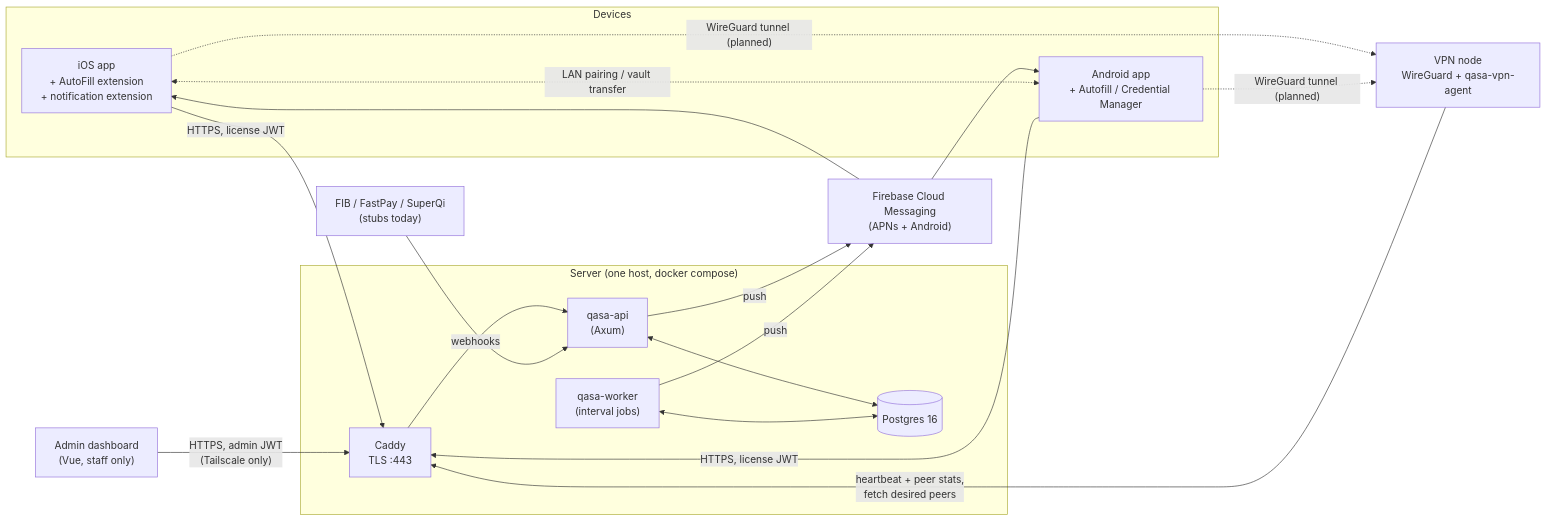
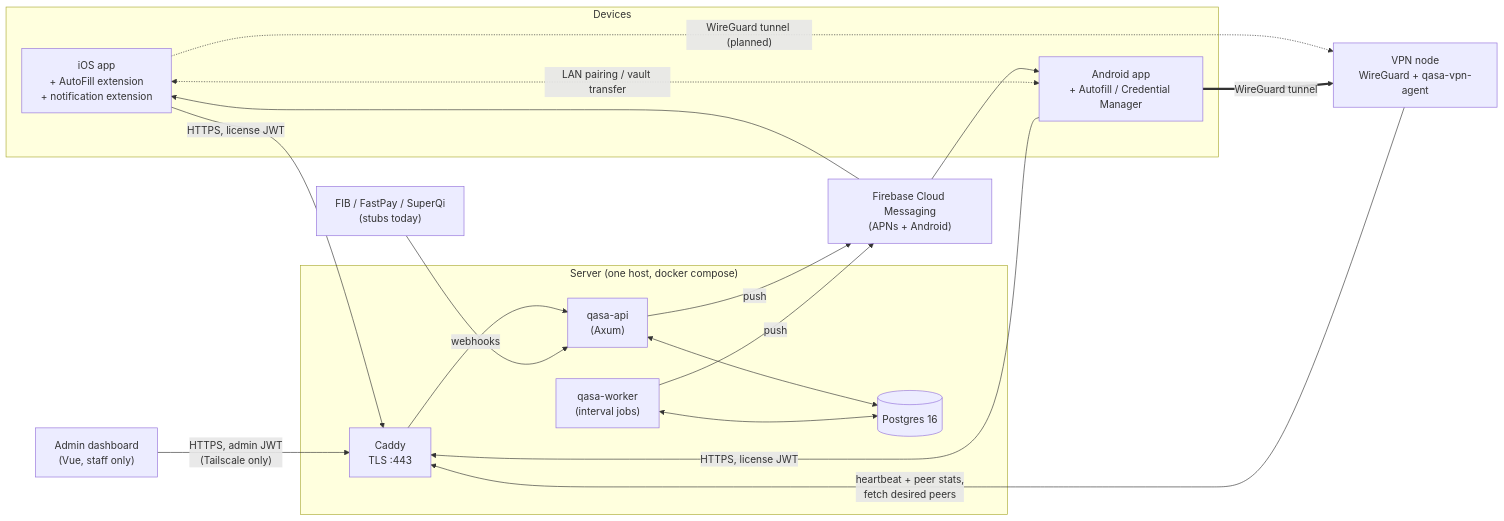
The diagram in ARCHITECTURE.md (Ali559/Qasa), drawn with Mermaid before and after one commit. The commit also changed other lines of this file and 29 other files, not shown here.

First line of the commit message:
Run a real WireGuard tunnel on Android

````diff
--- a/ARCHITECTURE.md
+++ b/ARCHITECTURE.md
@@ -78,35 +78,35 @@
 ```mermaid
 flowchart LR
   subgraph Devices
     IOS["iOS app<br/>+ AutoFill extension<br/>+ notification extension"]
     AND["Android app<br/>+ Autofill / Credential Manager"]
   end
   ADMIN["Admin dashboard<br/>(Vue, staff only)"]
 
   subgraph Server["Server (one host, docker compose)"]
     CADDY["Caddy<br/>TLS :443"]
     API["qasa-api<br/>(Axum)"]
     WORKER["qasa-worker<br/>(interval jobs)"]
     PG[("Postgres 16")]
   end
 
   NODE["VPN node<br/>WireGuard + qasa-vpn-agent"]
   FCM["Firebase Cloud Messaging<br/>(APNs + Android)"]
   WALLET["FIB / FastPay / SuperQi<br/>(stubs today)"]
 
   IOS -- "HTTPS, license JWT" --> CADDY
   AND -- "HTTPS, license JWT" --> CADDY
   ADMIN -- "HTTPS, admin JWT<br/>(Tailscale only)" --> CADDY
   CADDY --> API
   API <--> PG
   WORKER <--> PG
   API -- push --> FCM
   WORKER -- push --> FCM
   FCM --> IOS
   FCM --> AND
   WALLET -- webhooks --> API
   NODE -- "heartbeat + peer stats,<br/>fetch desired peers" --> CADDY
   IOS -. "WireGuard tunnel (planned)" .-> NODE
-  AND -. "WireGuard tunnel (planned)" .-> NODE
+  AND == "WireGuard tunnel" ==> NODE
   IOS <-. "LAN pairing / vault transfer" .-> AND
 ```
````
